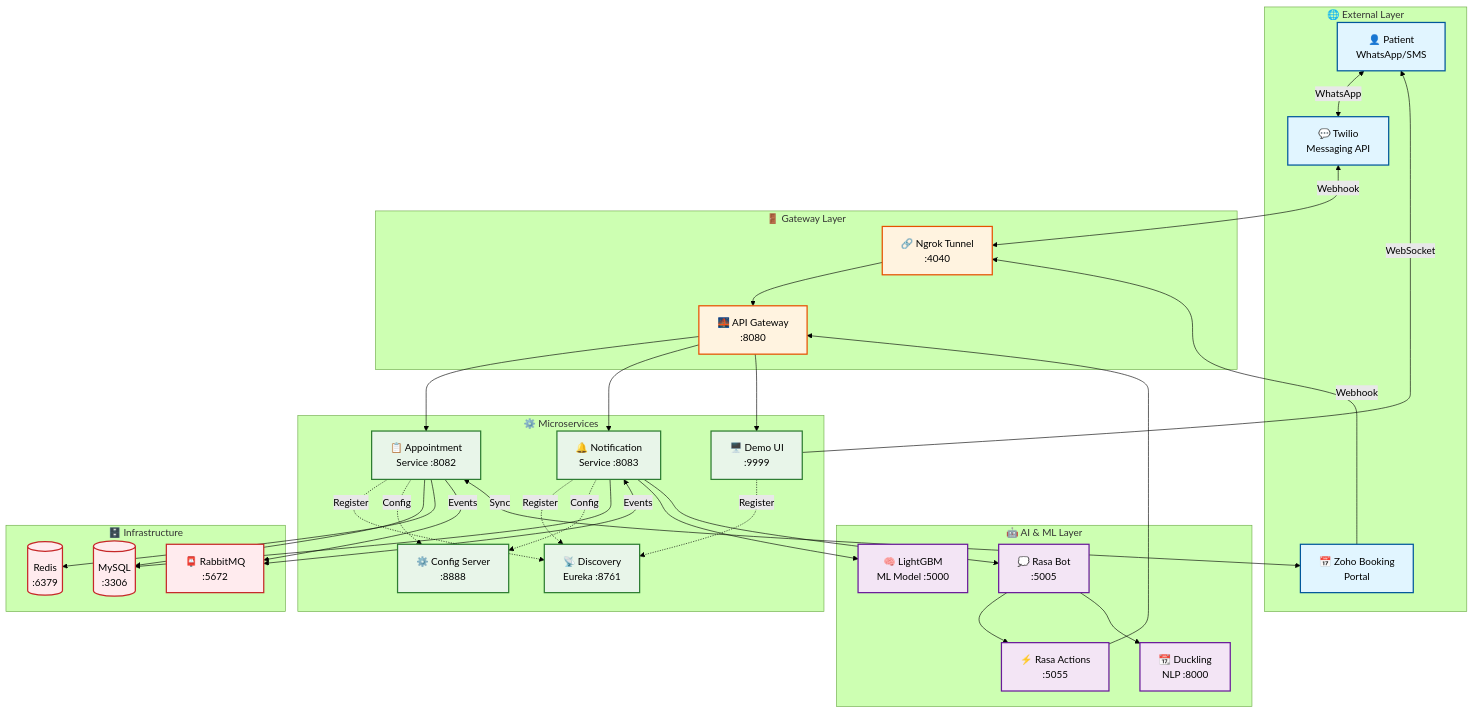
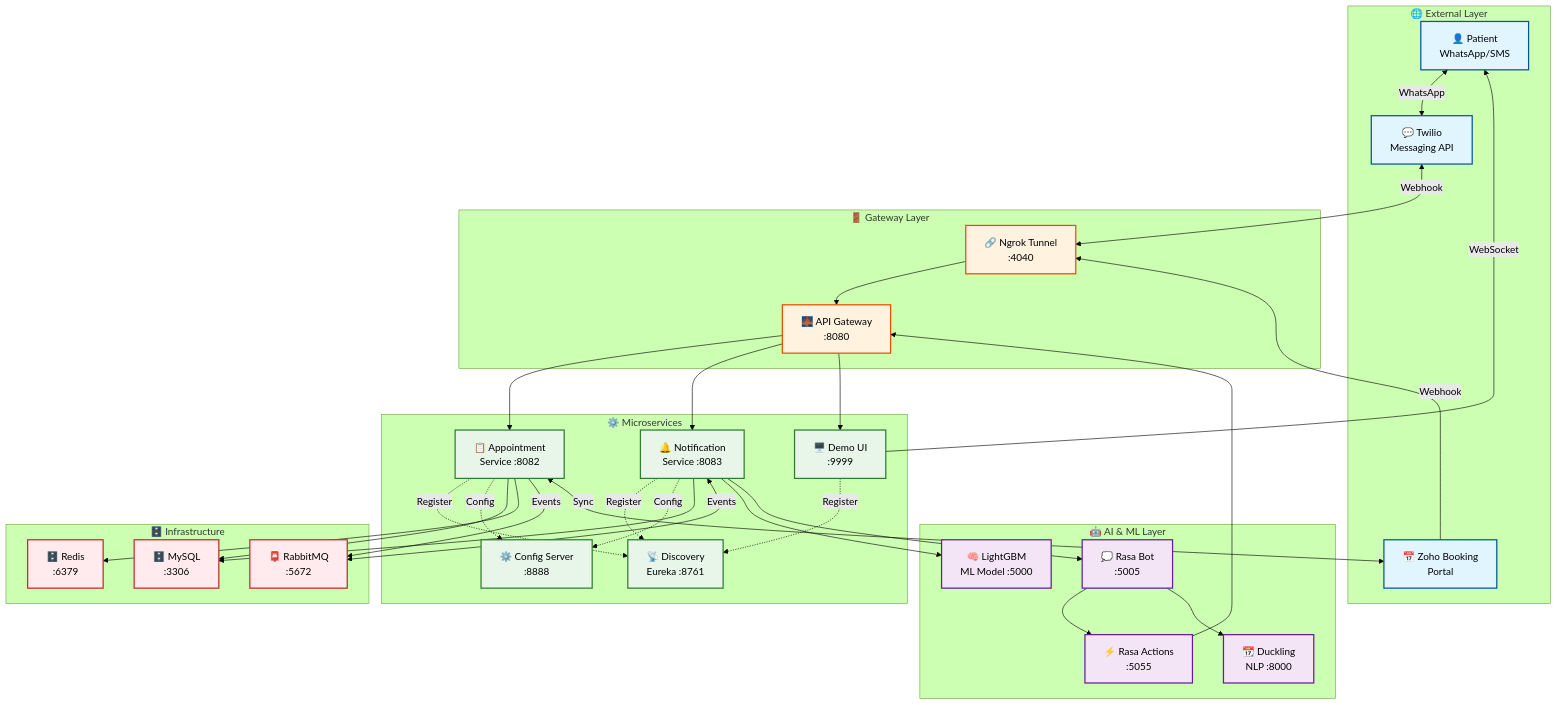
The first of 2 diagrams in README.md (mariasstalin/smart-scheduler), drawn with Mermaid (forest theme) before and after one commit.

Commit message:
Update icons in infrastructure section of README

```diff
--- a/README.md
+++ b/README.md
@@ -65,8 +65,8 @@
     end
 
     subgraph Infra["🗄️ Infrastructure"]
-        MySQL[("MySQL<br/>:3306")]
-        Redis[("Redis<br/>:6379")]
+        MySQL["🗄️ MySQL<br/>:3306"]
+        Redis["🗄️ Redis<br/>:6379"]
         RabbitMQ["📮 RabbitMQ<br/>:5672"]
     end
 
```
